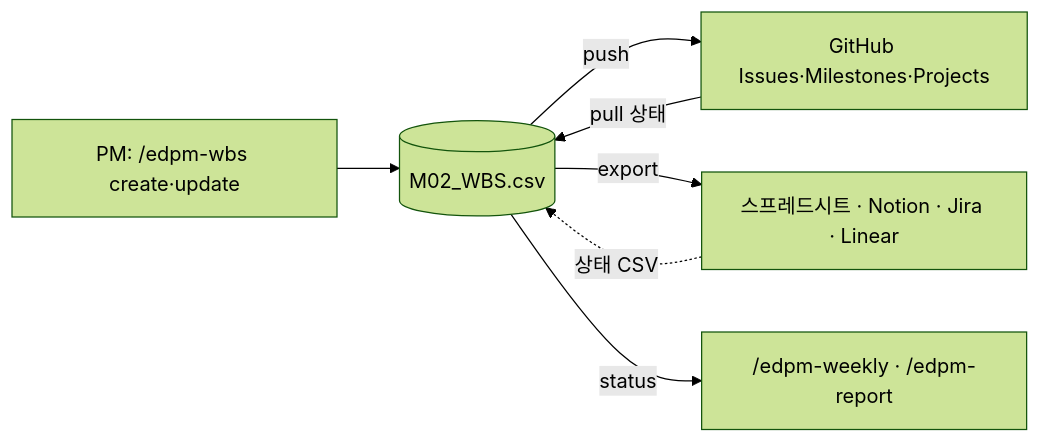
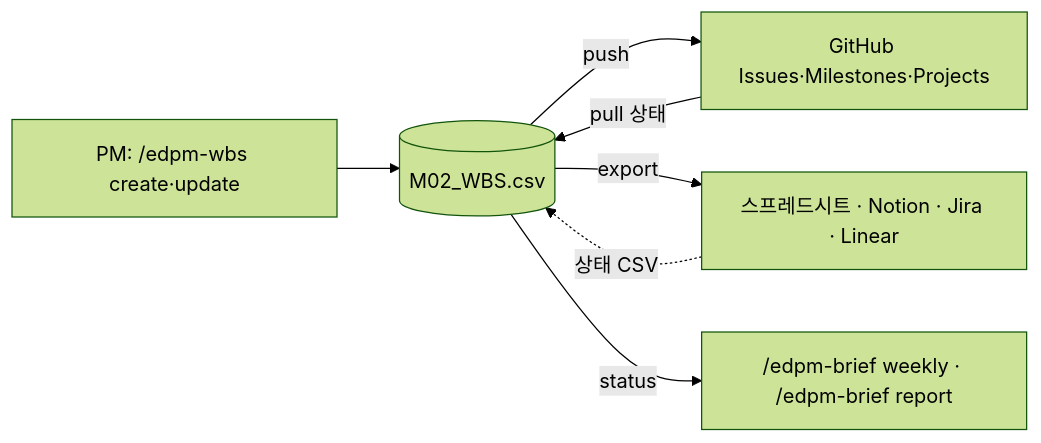
One commit to rey-hailey/agent-driven-edpm changed the diagram in guide/12.일정관리도구연동.md. Above: the diagram before and after it, drawn with Mermaid (forest theme). The commit also changed other lines of this file and 253 other files, not shown here.

````diff
--- a/guide/12.일정관리도구연동.md
+++ b/guide/12.일정관리도구연동.md
@@ -15,9 +15,9 @@
 ```mermaid
 graph LR
     PM[PM: /edpm-wbs create·update] --> CSV[(M02_WBS.csv)]
     CSV -->|push| GH[GitHub Issues·Milestones·Projects]
     GH -->|pull 상태| CSV
     CSV -->|export| OT[스프레드시트 · Notion · Jira · Linear]
     OT -.상태 CSV.-> CSV
-    CSV -->|status| R["/edpm-weekly · /edpm-report"]
+    CSV -->|status| R["/edpm-brief weekly · /edpm-brief report"]
 ```
````
